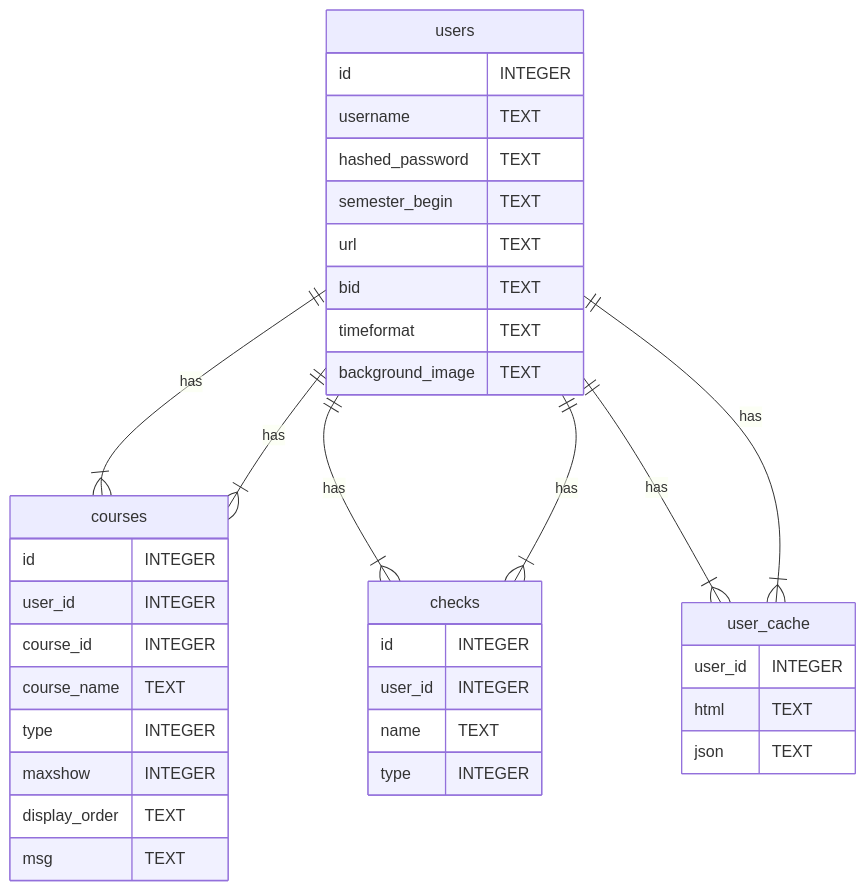
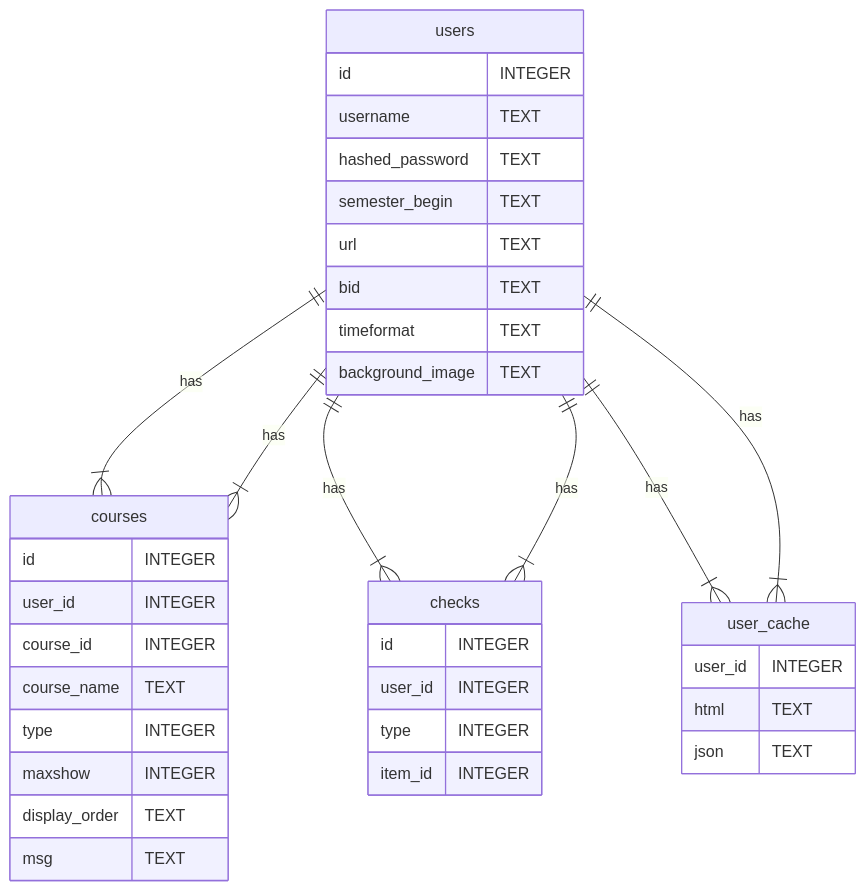
The diagram in canvas/model.md (PACHAKUTlQ/CanvasHelper2), drawn with Mermaid before and after one commit. The commit also changed other lines of this file and 5 other files, not shown here.

````diff
--- a/canvas/model.md
+++ b/canvas/model.md
@@ -1,46 +1,46 @@
 ```mermaid
 erDiagram
   users ||--|{ courses : has
   users ||--|{ checks : has
   users ||--|{ user_cache : has
 
   users {
     id INTEGER
     username TEXT
     hashed_password TEXT
     semester_begin TEXT
     url TEXT
     bid TEXT
     timeformat TEXT
     background_image TEXT
   }
 
   courses {
     id INTEGER
     user_id INTEGER
     course_id INTEGER
     course_name TEXT
     type INTEGER
     maxshow INTEGER
     display_order TEXT
     msg TEXT
   }
 
   checks {
     id INTEGER
     user_id INTEGER
-    name TEXT
     type INTEGER
+    item_id INTEGER
   }
 
   user_cache {
     user_id INTEGER
     html TEXT
     json TEXT
   }
 
   users ||--|{ courses : has
   users ||--|{ checks : has
   users ||--|{ user_cache : has
 
 ```
````
